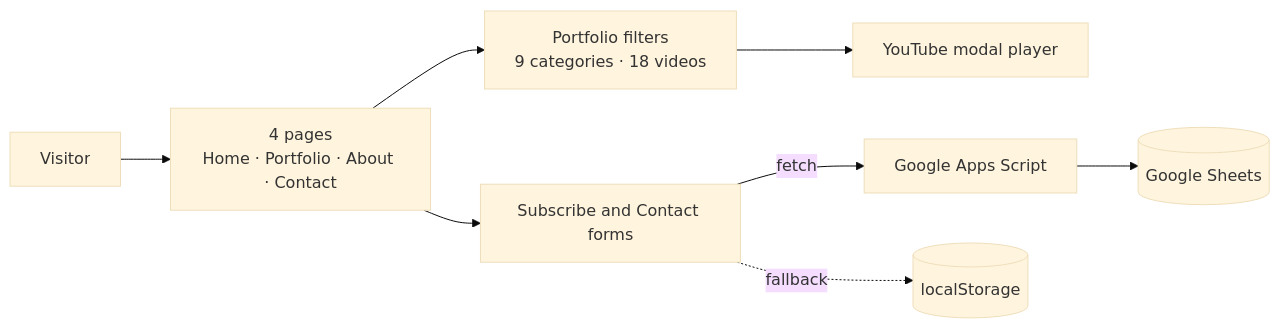
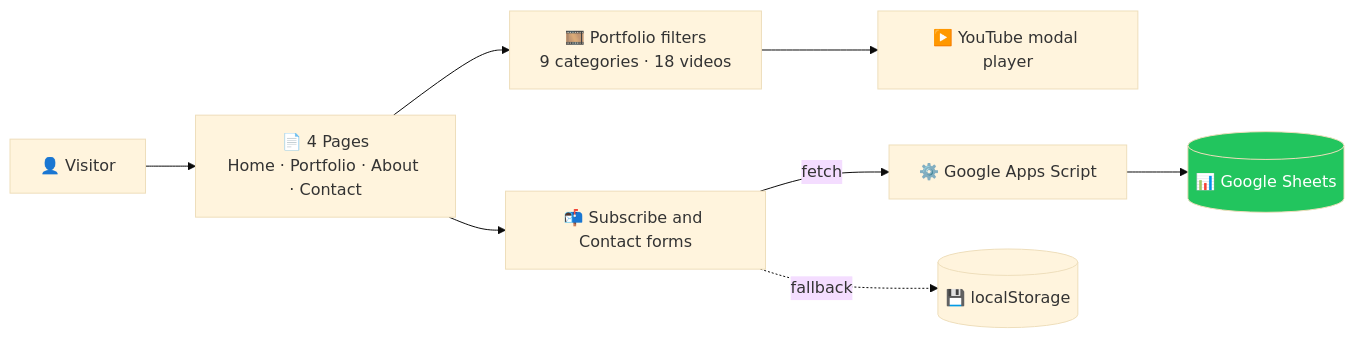
One commit to happyhsaini/happyhsaini changed the fifth of 6 diagrams in README.md. Above: the diagram before and after it, drawn with Mermaid (base theme). The commit also changed other lines of this file, not shown here.

````diff
--- a/README.md
+++ b/README.md
@@ -164,10 +235,11 @@
 ```mermaid
 flowchart LR
-    V[Visitor] --> P[4 pages<br/>Home · Portfolio · About · Contact]
-    P --> F[Portfolio filters<br/>9 categories · 18 videos]
-    F --> Y[YouTube modal player]
-    P --> FM[Subscribe and Contact forms]
-    FM -->|fetch| GS[Google Apps Script]
-    GS --> SH[(Google Sheets)]
-    FM -.->|fallback| LS[(localStorage)]
+    A["👤 Visitor"] --> B["📄 4 Pages<br/>Home · Portfolio · About · Contact"]
+    B --> C["🎞️ Portfolio filters<br/>9 categories · 18 videos"]
+    C --> D["▶️ YouTube modal player"]
+    B --> E["📬 Subscribe and Contact forms"]
+    E -->|"fetch"| F["⚙️ Google Apps Script"]
+    F --> G[("📊 Google Sheets")]
+    E -.->|"fallback"| H[("💾 localStorage")]
+    style G fill:#22c55e,color:#fff
 ```
````
